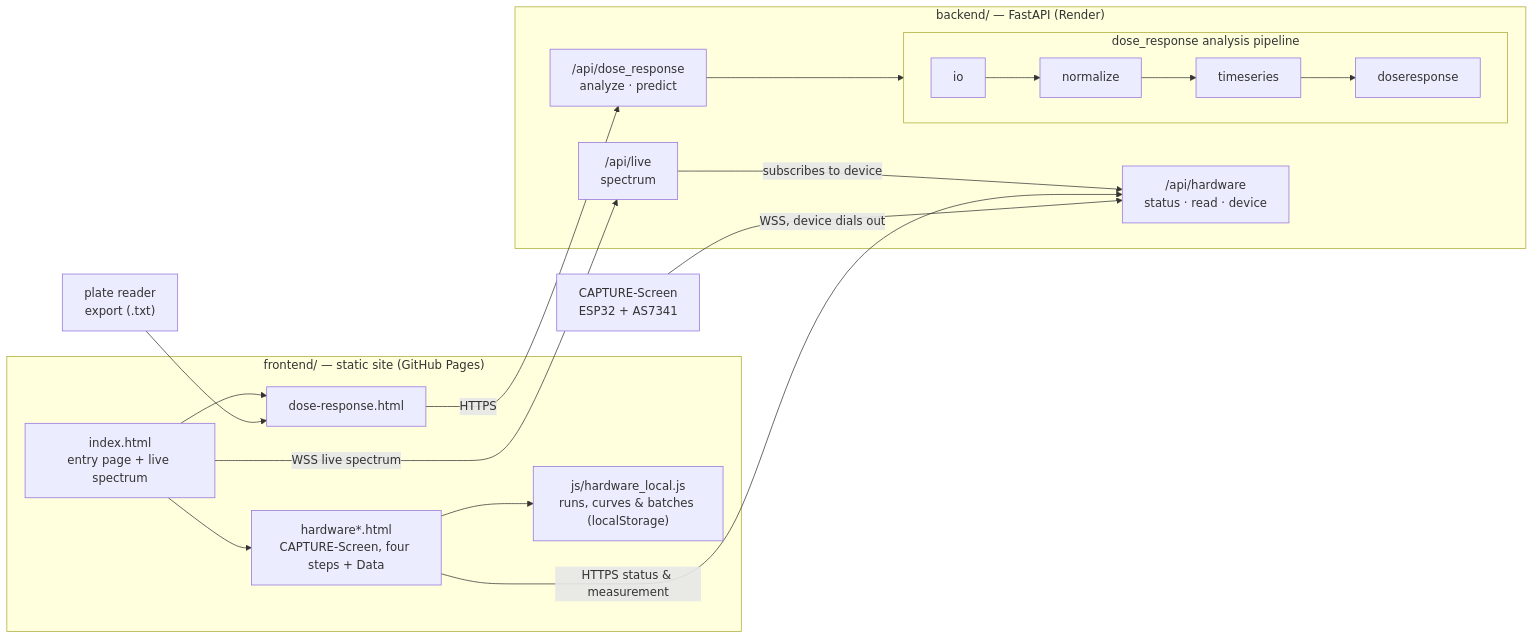
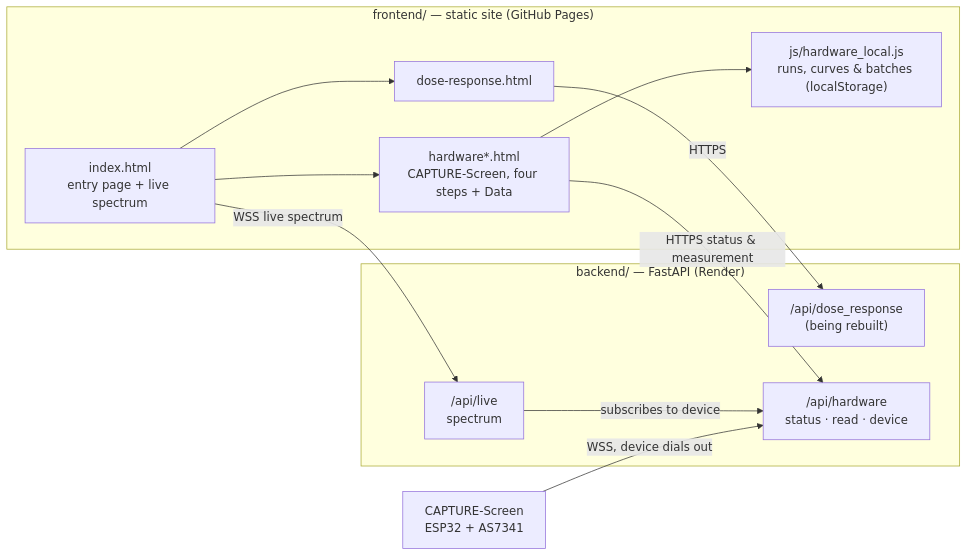
Before and after one commit to igem-ncku-software/igem-software: the diagram in README.md, drawn with Mermaid. The commit also changed other lines of this file and 19 other files, not shown here.

````diff
--- a/README.md
+++ b/README.md
@@ -72,33 +72,26 @@
 ```mermaid
 flowchart LR
-    FILE["plate reader<br/>export (.txt)"]
     DEV["CAPTURE-Screen<br/>ESP32 + AS7341"]
 
     subgraph FE["frontend/ — static site (GitHub Pages)"]
         IDX["index.html<br/>entry page + live spectrum"]
         DR["dose-response.html"]
         HW["hardware*.html<br/>CAPTURE-Screen, four steps + Data"]
         LOCAL["js/hardware_local.js<br/>runs, curves & batches (localStorage)"]
         IDX --> DR
         IDX --> HW
         HW --> LOCAL
     end
 
     subgraph BE["backend/ — FastAPI (Render)"]
-        RT1["/api/dose_response<br/>analyze · predict"]
+        RT1["/api/dose_response<br/>(being rebuilt)"]
         HUB["/api/hardware<br/>status · read · device"]
         LIVE["/api/live<br/>spectrum"]
         LIVE -->|subscribes to device| HUB
-        subgraph PIPE["dose_response analysis pipeline"]
-            direction LR
-            IO["io"] --> NRM["normalize"] --> TS["timeseries"] --> DRS["doseresponse"]
-        end
-        RT1 --> PIPE
     end
 
-    FILE --> DR
     DR -->|HTTPS| RT1
     IDX -->|WSS live spectrum| LIVE
     HW -->|HTTPS status & measurement| HUB
     DEV -->|WSS, device dials out| HUB
 ```
````
